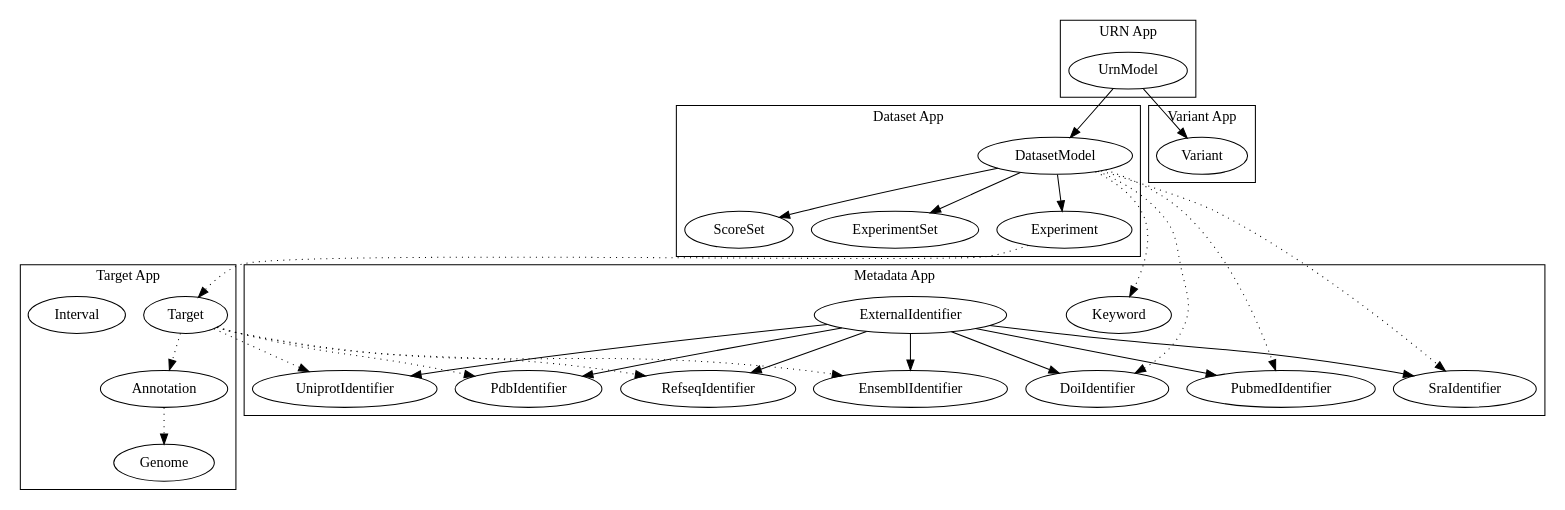
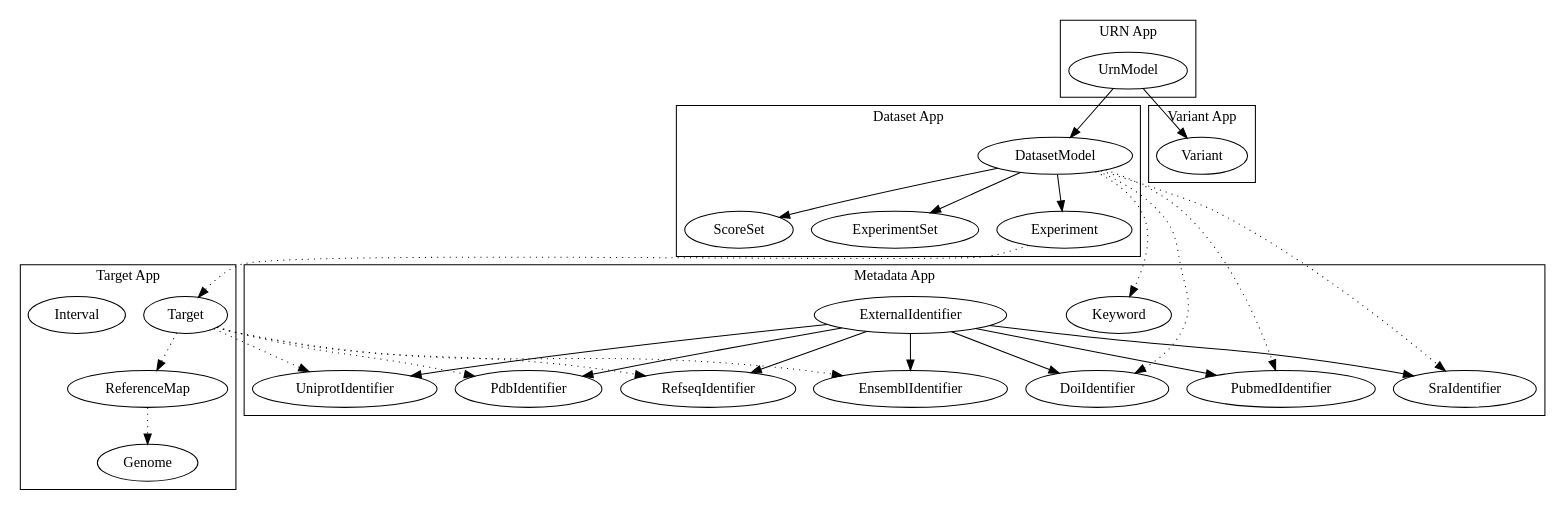
Before and after one commit to VariantEffect/MaveDB: the diagram in class_diagram.gv, drawn with Graphviz. The commit also changed 5 other files, not shown here.

```diff
--- a/class_diagram.gv
+++ b/class_diagram.gv
@@ -1,60 +1,60 @@
 digraph {
     subgraph clusterUrnApp {
         label="URN App";
         UrnModel;
     }
     subgraph clusterDatasetApp {
         label="Dataset App";
         DatasetModel;
         ExperimentSet;
         Experiment;
         ScoreSet;
         DatasetModel -> ExperimentSet;
         DatasetModel -> Experiment;
         DatasetModel -> ScoreSet;
     }
     subgraph clusterVariantApp {
         label="Variant App";
         Variant;
     }
     subgraph clusterMetadataApp {
         label="Metadata App";
         Keyword;
         ExternalIdentifier;
         SraIdentifier;
         DoiIdentifier;
         PubmedIdentifier;
         RefseqIdentifier;
         EnsemblIdentifier;
         UniprotIdentifier;
         PdbIdentifier;
         ExternalIdentifier -> SraIdentifier;
         ExternalIdentifier -> DoiIdentifier;
         ExternalIdentifier -> PubmedIdentifier;
         ExternalIdentifier -> RefseqIdentifier;
         ExternalIdentifier -> EnsemblIdentifier;
         ExternalIdentifier -> UniprotIdentifier;
         ExternalIdentifier -> PdbIdentifier;
     }
     subgraph clusterTargetApp {
         label="Target App";
         Target;
-        Annotation;
+        ReferenceMap;
         Interval;
         Genome;
-        Target -> Annotation [style=dotted];
-        Annotation -> Genome [style=dotted];
+        Target -> ReferenceMap [style=dotted];
+        ReferenceMap -> Genome [style=dotted];
     }
     UrnModel -> DatasetModel;
     UrnModel -> Variant;
     DatasetModel -> Keyword [style=dotted];
     DatasetModel -> SraIdentifier [style=dotted];
     DatasetModel -> DoiIdentifier [style=dotted];
     DatasetModel -> PubmedIdentifier [style=dotted];
     Target -> RefseqIdentifier [style=dotted];
     Target -> EnsemblIdentifier [style=dotted];
     Target -> UniprotIdentifier [style=dotted];
     Target -> PdbIdentifier [style=dotted];
     Experiment -> Target [style=dotted];
     
 }
```
